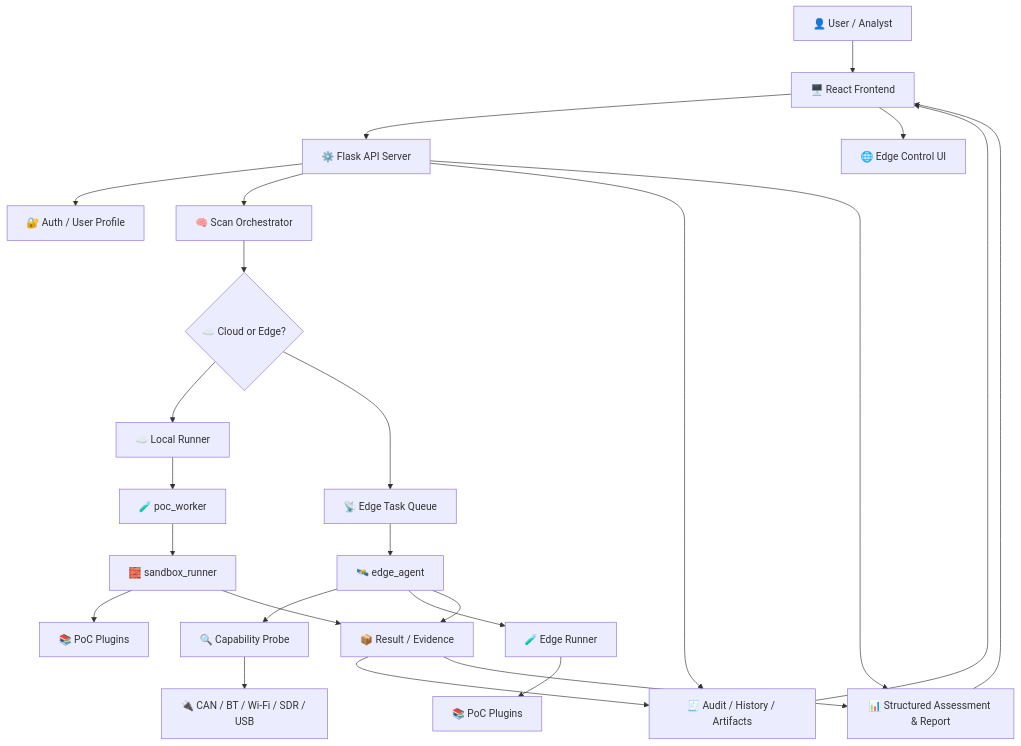
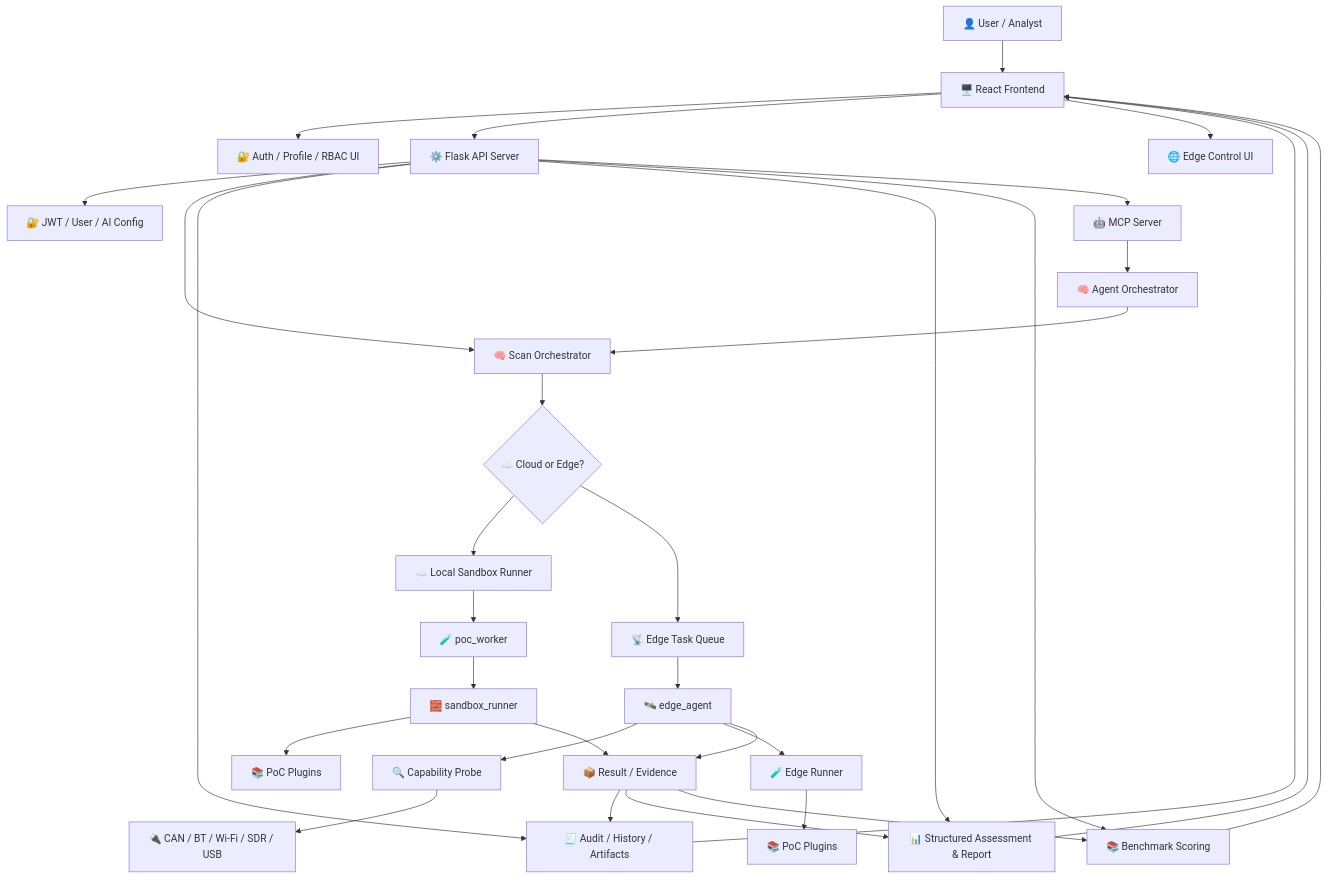
One commit to l977489615-spec/Autosec_guard changed the diagram in README.md. Above: the diagram before and after it, drawn with Mermaid. The commit also changed other lines of this file, not shown here.

````diff
--- a/README.md
+++ b/README.md
@@ -133,36 +196,44 @@
 ```mermaid
 flowchart TD
     U[👤 User / Analyst] --> FE[🖥️ React Frontend]
 
+    FE --> AUTHUI[🔐 Auth / Profile / RBAC UI]
     FE --> API[⚙️ Flask API Server]
     FE --> EDGEUI[🌐 Edge Control UI]
 
-    API --> AUTH[🔐 Auth / User Profile]
+    API --> AUTH[🔐 JWT / User / AI Config]
     API --> ORCH[🧠 Scan Orchestrator]
     API --> AUDIT[🧾 Audit / History / Artifacts]
     API --> REPORT[📊 Structured Assessment & Report]
+    API --> EVAL[📚 Benchmark Scoring]
 
     ORCH --> ROUTER{☁️ Cloud or Edge?}
 
-    ROUTER --> CLOUD[☁️ Local Runner]
+    ROUTER --> CLOUD[☁️ Local Sandbox Runner]
     ROUTER --> EDGE[📡 Edge Task Queue]
 
     CLOUD --> WORKER[🧪 poc_worker]
     WORKER --> SANDBOX[🧱 sandbox_runner]
     SANDBOX --> POCS[📚 PoC Plugins]
 
     EDGE --> AGENT[🛰️ edge_agent]
     AGENT --> PROBE[🔍 Capability Probe]
     AGENT --> EWORKER[🧪 Edge Runner]
     EWORKER --> EPOCS[📚 PoC Plugins]
 
+    API --> MCP[🤖 MCP Server]
+    MCP --> AORCH[🧠 Agent Orchestrator]
+    AORCH --> ORCH
+
     PROBE --> HW[🔌 CAN / BT / Wi-Fi / SDR / USB]
 
     SANDBOX --> RESULT[📦 Result / Evidence]
     AGENT --> RESULT
     RESULT --> AUDIT
     RESULT --> REPORT
+    RESULT --> EVAL
 
     REPORT --> FE
     AUDIT --> FE
+    EVAL --> FE
 ```
````
